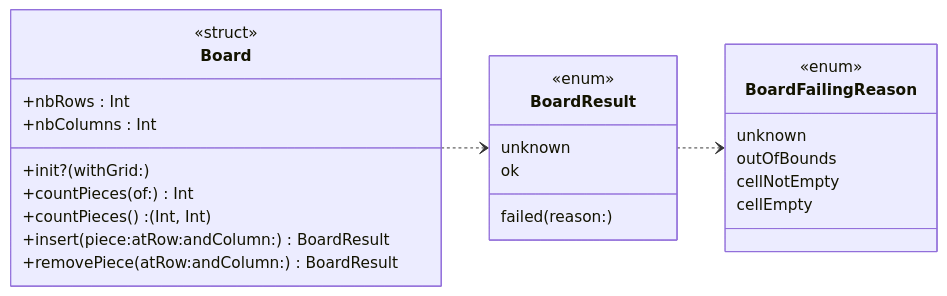
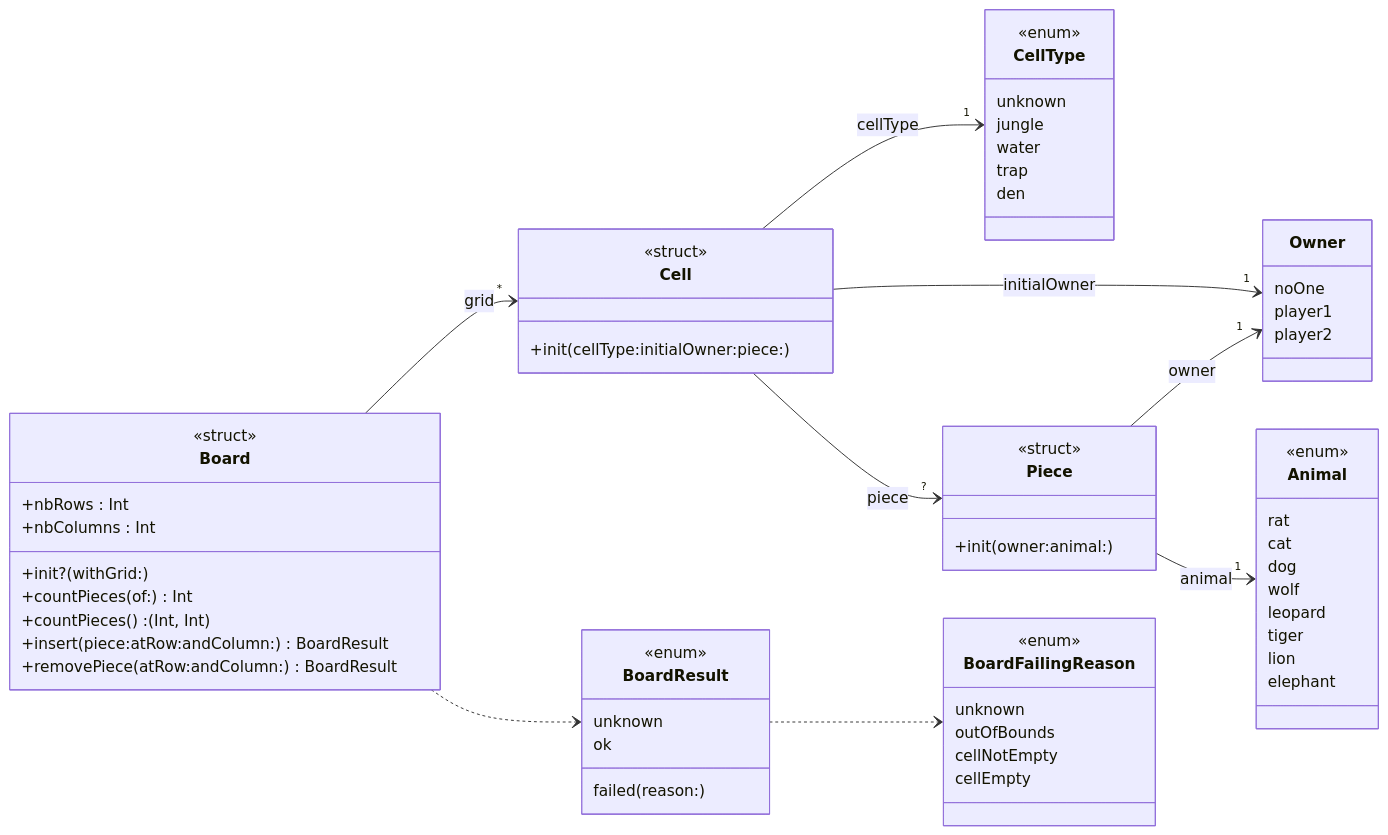
Before and after one commit to LucieB-coder/DouShouQi-Swift-Game: the diagram in README.md, drawn with Mermaid.

Commit message:
Mise à jour de 'README.md'

````diff
--- a/README.md
+++ b/README.md
@@ -60,33 +60,77 @@
 ```mermaid
 	classDiagram
 	direction LR
+	class Cell {
+	    <<struct>>
+	    +init(cellType:initialOwner:piece:)
+	}
+	
+	class CellType {
+	    <<enum>>
+	    unknown
+	    jungle
+	    water
+	    trap
+	    den
+	}
+	
+	class Owner {
+	    noOne
+	    player1
+	    player2
+	}
+	
+	Cell --> "1" CellType : cellType
+	Cell --> "1" Owner : initialOwner
+	Board --> "*" Cell : grid
+	
+	class Animal {
+	    <<enum>>
+	    rat
+	    cat
+	    dog
+	    wolf
+	    leopard
+	    tiger
+	    lion
+	    elephant
+	}
+	
+	class Piece {
+	    <<struct>>
+	    +init(owner:animal:)
+	}
+	
+	Piece --> "1" Owner : owner
+	Piece --> "1" Animal : animal
+	Cell --> "?" Piece : piece
 	class Board {
 	    <<struct>>
 	    +nbRows : Int
 	    +nbColumns : Int
 	    +init?(withGrid:)
 	    +countPieces(of:) Int
 	    +countPieces() : (Int, Int)
 	    +insert(piece:atRow:andColumn:) BoardResult
 	    +removePiece(atRow:andColumn:) BoardResult
 	}
 	
 	class BoardResult {
 	  <<enum>>
 	  unknown
 	  ok
 	  failed(reason:)
 	}
 	
 	class BoardFailingReason {
 	  <<enum>>
 	  unknown
 	  outOfBounds
 	  cellNotEmpty
 	  cellEmpty
 	}
 	
 	Board ..> BoardResult
 	BoardResult ..> BoardFailingReason
 	
 ```
````
